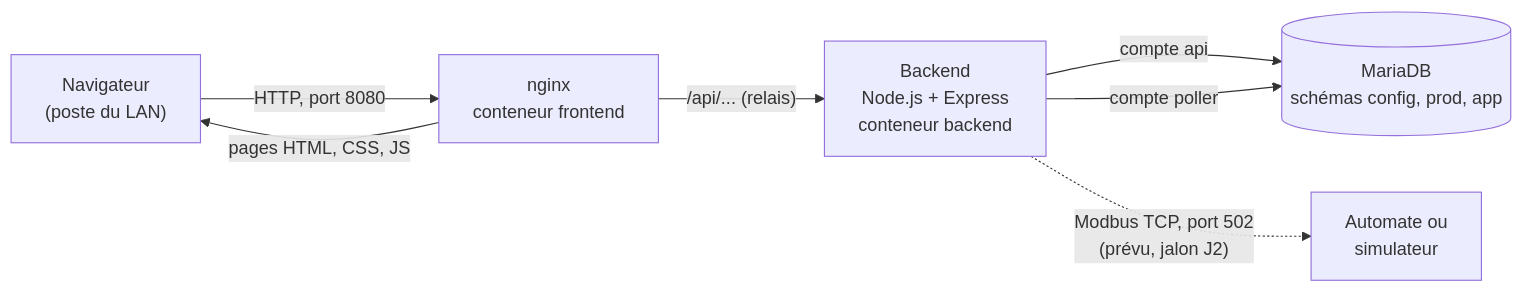
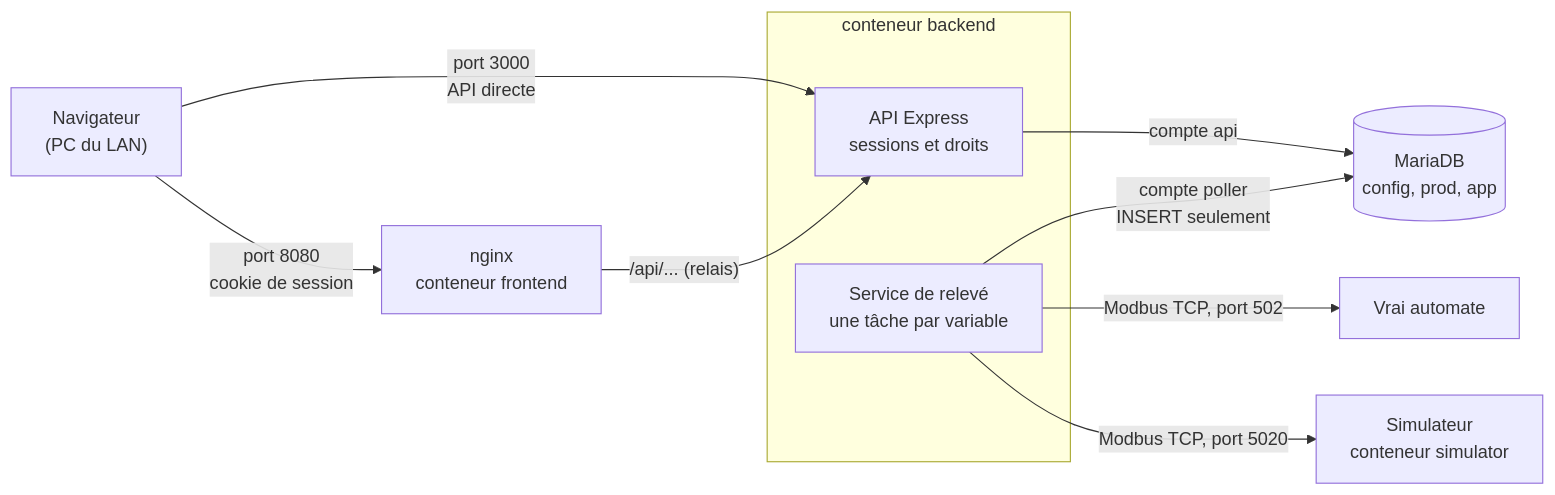
Before and after one commit to TiTooom/TP_SI_2027_Outil_Industriel: the first of 2 diagrams in docs/RAPPORT.md, drawn with Mermaid. The commit also changed other lines of this file and 28 other files, not shown here.

````diff
--- a/docs/RAPPORT.md
+++ b/docs/RAPPORT.md
@@ -40,9 +42,14 @@
 ```mermaid
 flowchart LR
-    NAV["Navigateur<br/>(poste du LAN)"] -->|"HTTP, port 8080"| NGX["nginx<br/>conteneur frontend"]
-    NGX -->|"pages HTML, CSS, JS"| NAV
-    NGX -->|"/api/... (relais)"| API["Backend<br/>Node.js + Express<br/>conteneur backend"]
-    API -->|"compte api"| DB[("MariaDB<br/>schémas config, prod, app")]
-    API -->|"compte poller"| DB
-    API -.->|"Modbus TCP, port 502<br/>(prévu, jalon J2)"| PLC["Automate ou<br/>simulateur"]
+    NAV["Navigateur<br/>(PC du LAN)"] -->|"port 8080<br/>cookie de session"| NGX["nginx<br/>conteneur frontend"]
+    NAV -->|"port 3000<br/>API directe"| API
+    NGX -->|"/api/... (relais)"| API["API Express<br/>sessions et droits"]
+    subgraph BACK["conteneur backend"]
+        API
+        POLL["Service de relevé<br/>une tâche par variable"]
+    end
+    API -->|"compte api"| DB[("MariaDB<br/>config, prod, app")]
+    POLL -->|"compte poller<br/>INSERT seulement"| DB
+    POLL -->|"Modbus TCP, port 502"| PLC["Vrai automate"]
+    POLL -->|"Modbus TCP, port 5020"| SIM["Simulateur<br/>conteneur simulator"]
 ```
````
